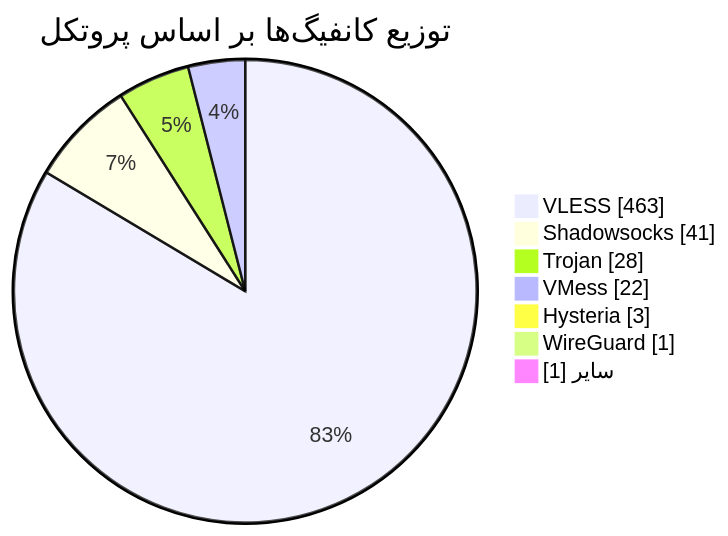
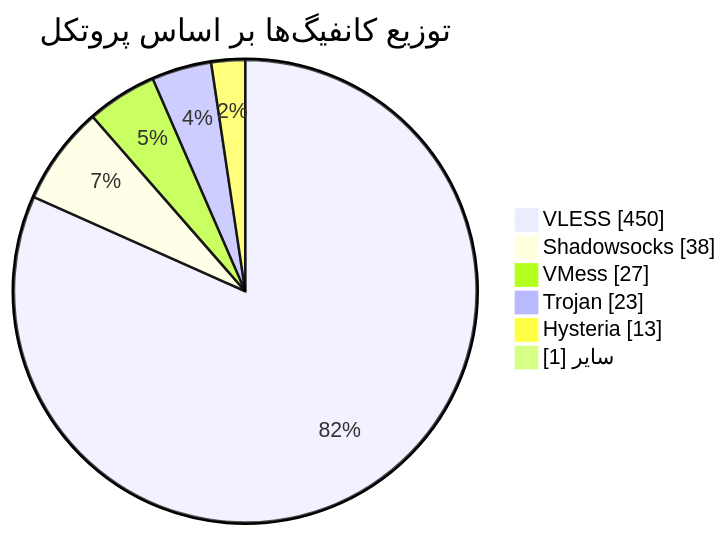
Before and after one commit to Arian-Alijani/Somthing: the diagram in README.md, drawn with Mermaid. The commit also changed other lines of this file and 91 other files, not shown here.

````diff
--- a/README.md
+++ b/README.md
@@ -49,11 +48,10 @@
 ```mermaid
 pie showData
     title توزیع کانفیگ‌ها بر اساس پروتکل
-    "VLESS" : 463
-    "Shadowsocks" : 41
-    "Trojan" : 28
-    "VMess" : 22
-    "Hysteria" : 3
-    "WireGuard" : 1
+    "VLESS" : 450
+    "Shadowsocks" : 38
+    "VMess" : 27
+    "Trojan" : 23
+    "Hysteria" : 13
     "سایر" : 1
 ```
````
